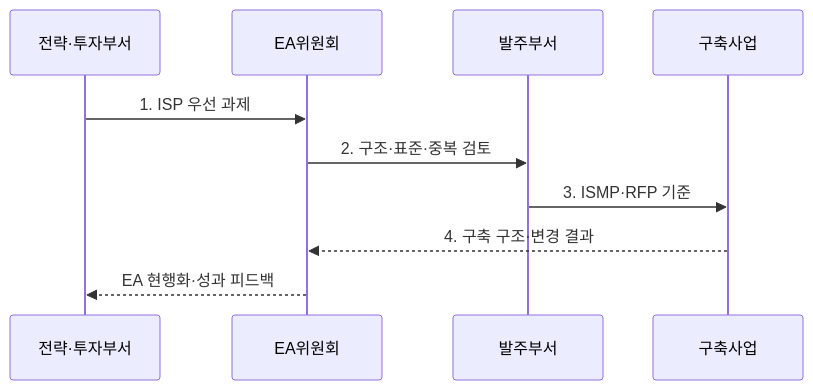
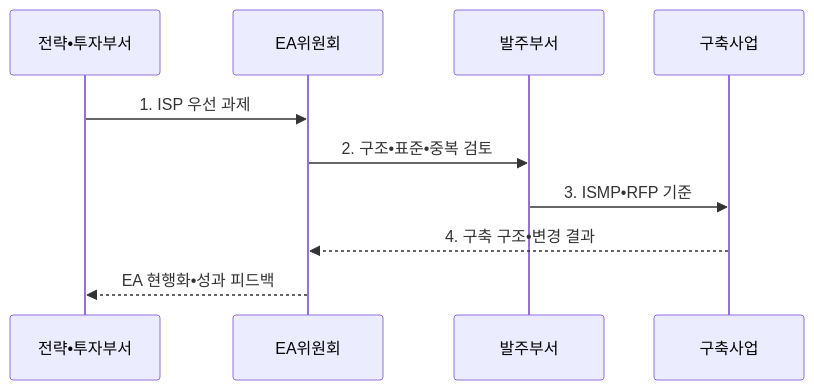
One commit to agnusdei1207/knowledge-base changed the second of 2 diagrams in src/content/docs/notes/07-law-policy/004_isp_ismp_ea_comparison.md. Above: the diagram before and after it, drawn with Mermaid. The commit also changed other lines of this file and 953 other files, not shown here.

````diff
--- a/src/content/docs/notes/07-law-policy/004_isp_ismp_ea_comparison.md
+++ b/src/content/docs/notes/07-law-policy/004_isp_ismp_ea_comparison.md
@@ -101,12 +101,12 @@
 ```mermaid
 sequenceDiagram
-    participant S as 전략·투자부서
+    participant S as 전략•투자부서
     participant E as EA위원회
     participant P as 발주부서
     participant B as 구축사업
     S->>E: 1. ISP 우선 과제
-    E->>P: 2. 구조·표준·중복 검토
-    P->>B: 3. ISMP·RFP 기준
-    B-->>E: 4. 구축 구조·변경 결과
-    E-->>S: EA 현행화·성과 피드백
+    E->>P: 2. 구조•표준•중복 검토
+    P->>B: 3. ISMP•RFP 기준
+    B-->>E: 4. 구축 구조•변경 결과
+    E-->>S: EA 현행화•성과 피드백
 ```
````
